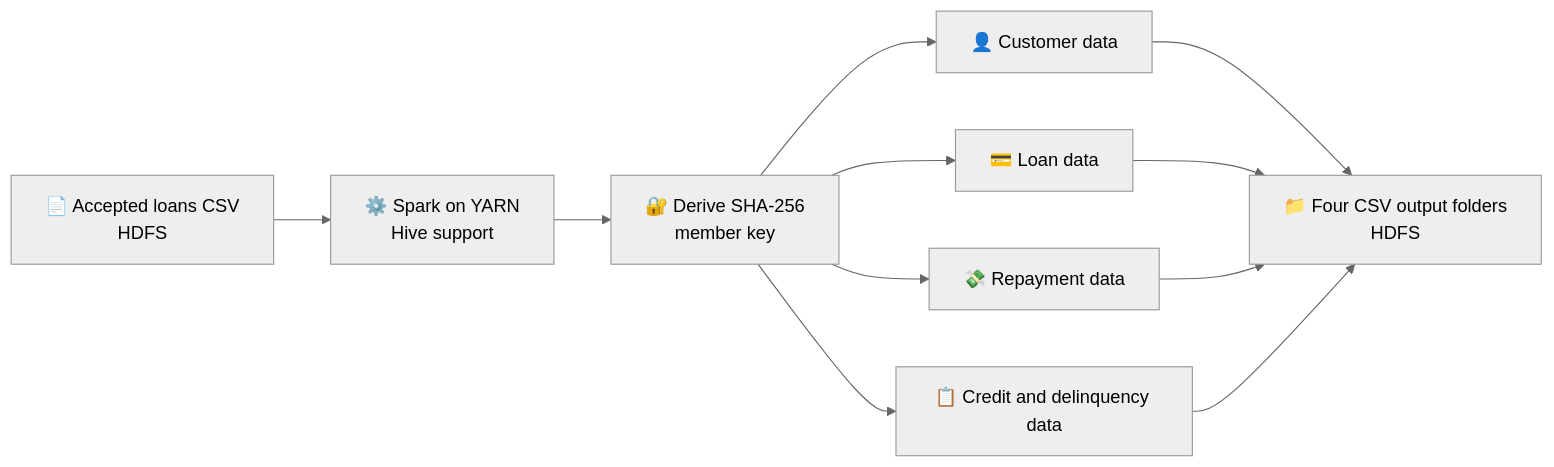
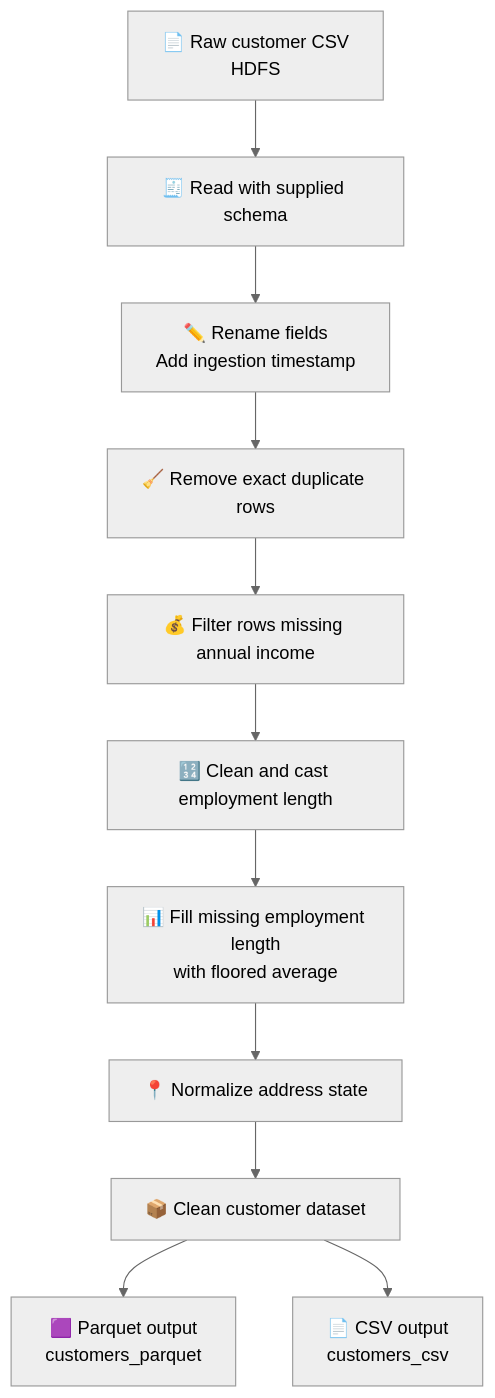
The diagram in README.md (mohammed1195/Data_Engineering_Banking-Data), drawn with Mermaid (neutral theme) before and after one commit. The commit also changed other lines of this file and 1 other file, not shown here.

````diff
--- a/README.md
+++ b/README.md
@@ -21,13 +20,13 @@
 ```mermaid
-flowchart LR
-    A[📄 Accepted loans CSV<br/>HDFS] --> B[⚙️ Spark on YARN<br/>Hive support]
-    B --> C[🔐 Derive SHA-256<br/>member key]
-    C --> D[👤 Customer data]
-    C --> E[💳 Loan data]
-    C --> F[💸 Repayment data]
-    C --> G[📋 Credit and delinquency data]
-    D --> H[📁 Four CSV output folders<br/>HDFS]
-    E --> H
-    F --> H
-    G --> H
+flowchart TD
+    A[📄 Raw customer CSV<br/>HDFS] --> B[🧾 Read with supplied schema]
+    B --> C[✏️ Rename fields<br/>Add ingestion timestamp]
+    C --> D[🧹 Remove exact duplicate rows]
+    D --> E[💰 Filter rows missing annual income]
+    E --> F[🔢 Clean and cast employment length]
+    F --> G[📊 Fill missing employment length<br/>with floored average]
+    G --> H[📍 Normalize address state]
+    H --> I[📦 Clean customer dataset]
+    I --> J[🟪 Parquet output<br/>customers_parquet]
+    I --> K[📄 CSV output<br/>customers_csv]
 ```
````
